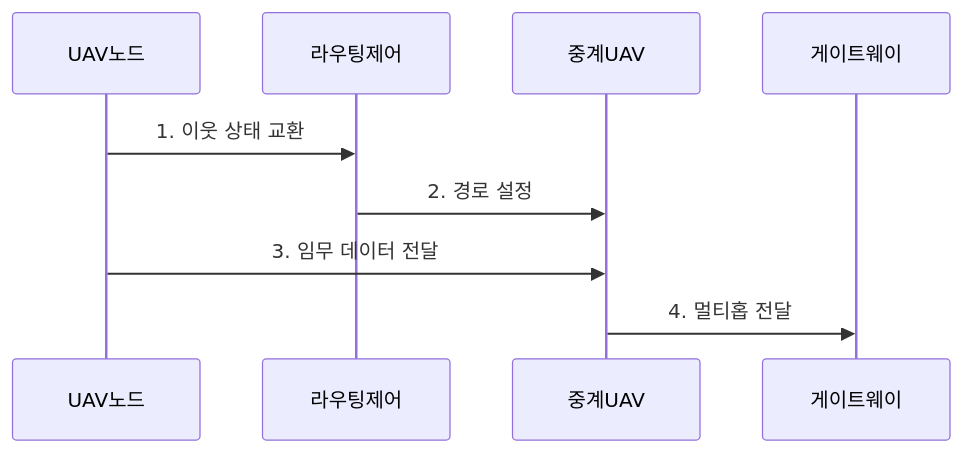
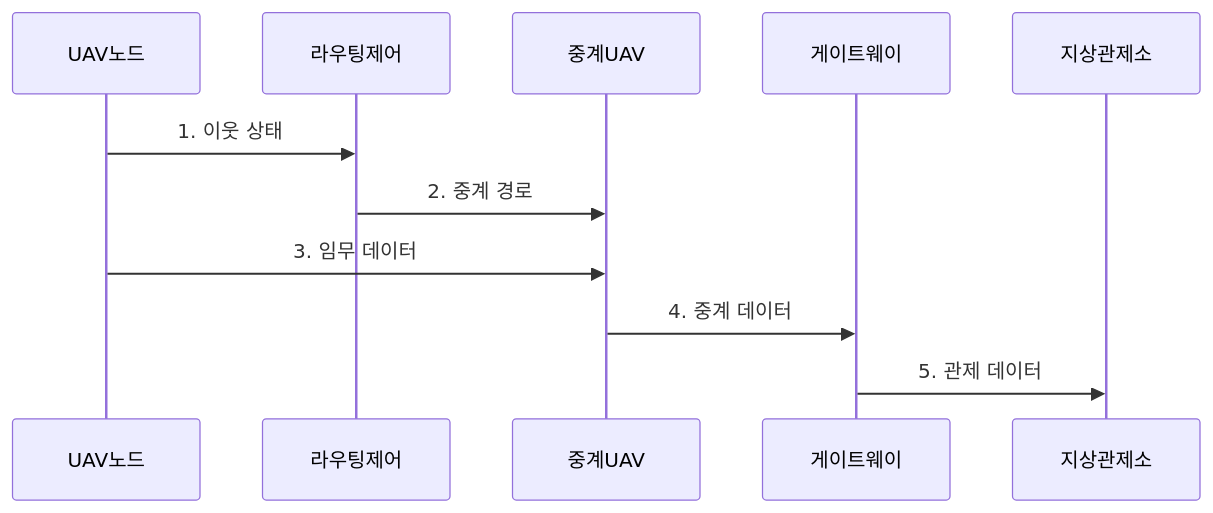
Before and after one commit to agnusdei1207/knowledge-base: the second of 2 diagrams in src/content/docs/notes/04-network/052_fanet_drone_network.md, drawn with Mermaid. The commit also changed other lines of this file and 20 other files, not shown here.

````diff
--- a/src/content/docs/notes/04-network/052_fanet_drone_network.md
+++ b/src/content/docs/notes/04-network/052_fanet_drone_network.md
@@ -79,11 +85,13 @@
 ```mermaid
 sequenceDiagram
     participant UAV노드
     participant 라우팅제어
     participant 중계UAV
     participant 게이트웨이
-    UAV노드->>라우팅제어: 1. 이웃 상태 교환
-    라우팅제어->>중계UAV: 2. 경로 설정
-    UAV노드->>중계UAV: 3. 임무 데이터 전달
-    중계UAV->>게이트웨이: 4. 멀티홉 전달
+    participant 지상관제소
+    UAV노드->>라우팅제어: 1. 이웃 상태
+    라우팅제어->>중계UAV: 2. 중계 경로
+    UAV노드->>중계UAV: 3. 임무 데이터
+    중계UAV->>게이트웨이: 4. 중계 데이터
+    게이트웨이->>지상관제소: 5. 관제 데이터
 ```
````
